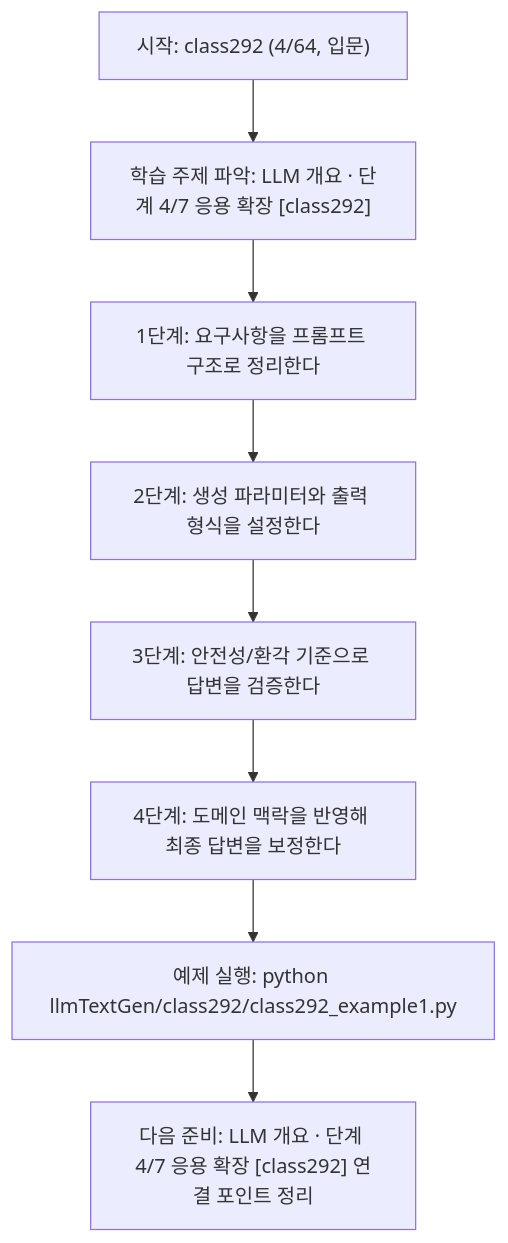
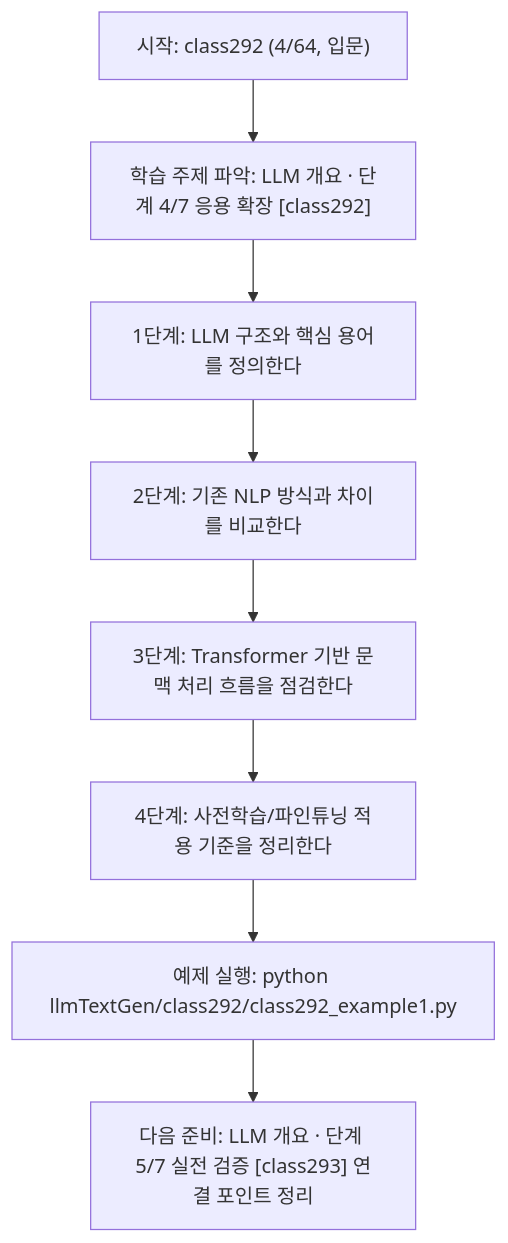
The diagram in llmTextGen/class292/class292.md (edumgt/Python-AI_Agent-Class), drawn with Mermaid before and after one commit. The commit also changed other lines of this file and 451 other files, not shown here.

````diff
--- a/llmTextGen/class292/class292.md
+++ b/llmTextGen/class292/class292.md
@@ -113,18 +95,18 @@
 ```mermaid
 flowchart TD
 N1["시작: class292 (4/64, 입문)"]
 N2["학습 주제 파악: LLM 개요 · 단계 4/7 응용 확장 [class292]"]
-N3["1단계: 요구사항을 프롬프트 구조로 정리한다"]
-N4["2단계: 생성 파라미터와 출력 형식을 설정한다"]
-N5["3단계: 안전성/환각 기준으로 답변을 검증한다"]
-N6["4단계: 도메인 맥락을 반영해 최종 답변을 보정한다"]
+N3["1단계: LLM 구조와 핵심 용어를 정의한다"]
+N4["2단계: 기존 NLP 방식과 차이를 비교한다"]
+N5["3단계: Transformer 기반 문맥 처리 흐름을 점검한다"]
+N6["4단계: 사전학습/파인튜닝 적용 기준을 정리한다"]
 N7["예제 실행: python llmTextGen/class292/class292_example1.py"]
-N8["다음 준비: LLM 개요 · 단계 4/7 응용 확장 [class292] 연결 포인트 정리"]
+N8["다음 준비: LLM 개요 · 단계 5/7 실전 검증 [class293] 연결 포인트 정리"]
 N1 --> N2
 N2 --> N3
 N3 --> N4
 N4 --> N5
 N5 --> N6
 N6 --> N7
 N7 --> N8
 ```
````
